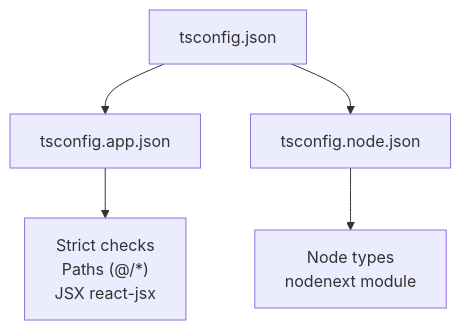
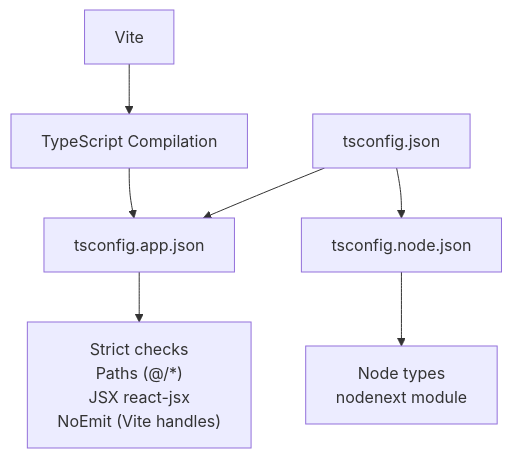
The sixth of 9 diagrams in .qoder/repowiki/en/content/Configuration & Build System/Configuration & Build System.md (MudassarAbrar/FreshRoute-Ai), drawn with Mermaid before and after one commit. The commit also changed other lines of this file and 10 other files, not shown here.

````diff
--- a/.qoder/repowiki/en/content/Configuration & Build System/Configuration & Build System.md
+++ b/.qoder/repowiki/en/content/Configuration & Build System/Configuration & Build System.md
@@ -205,7 +218,9 @@
 ```mermaid
 graph TB
 Root["tsconfig.json"] --> App["tsconfig.app.json"]
 Root --> Node["tsconfig.node.json"]
-App --> Types["Strict checks<br/>Paths (@/*)<br/>JSX react-jsx"]
+App --> Types["Strict checks<br/>Paths (@/*)<br/>JSX react-jsx<br/>NoEmit (Vite handles)"]
 Node --> NodeTypes["Node types<br/>nodenext module"]
+Vite["Vite"] --> TSComp["TypeScript Compilation"]
+TSComp --> App
 ```
````
